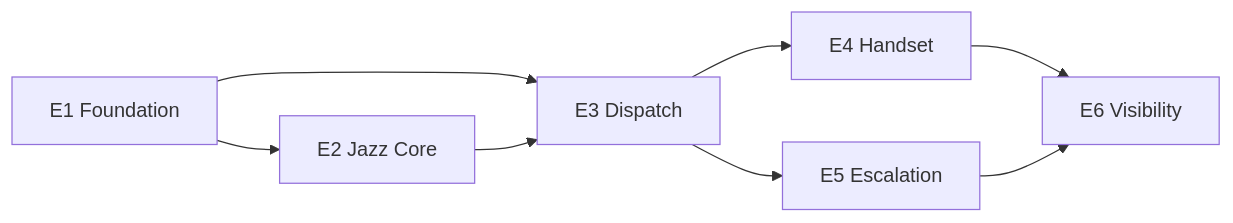
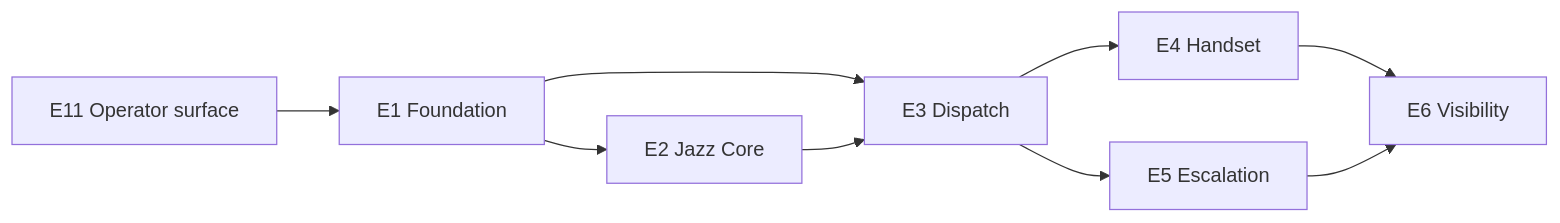
One commit to MehediHasanTanim/ticketing changed the diagram in _bmad-output/planning-artifacts/epics.md. Above: the diagram before and after it, drawn with Mermaid. The commit also changed other lines of this file and 24 other files, not shown here.

First line of the commit message:
Add FR-84..86, Epic 11 (operator surface, R1) and Epic 12 (MFA, R2)

````diff
--- a/_bmad-output/planning-artifacts/epics.md
+++ b/_bmad-output/planning-artifacts/epics.md
@@ -209,10 +217,11 @@
 ```mermaid
 graph LR
-  E1[E1 Foundation] --> E3[E3 Dispatch]
+  E11[E11 Operator surface] --> E1[E1 Foundation]
+  E1 --> E3[E3 Dispatch]
   E1 --> E2[E2 Jazz Core]
   E2 --> E3
   E3 --> E4[E4 Handset]
   E3 --> E5[E5 Escalation]
   E4 --> E6[E6 Visibility]
   E5 --> E6
 ```
````
